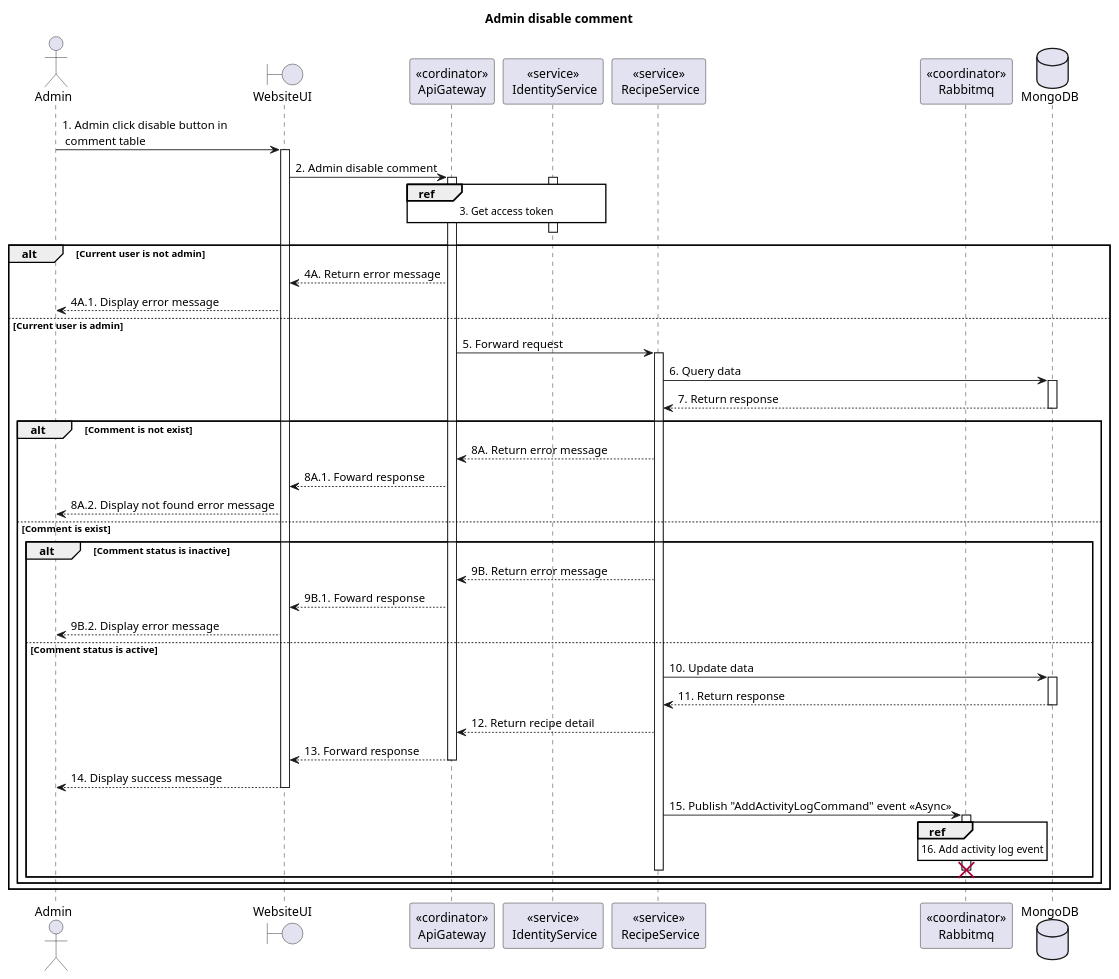
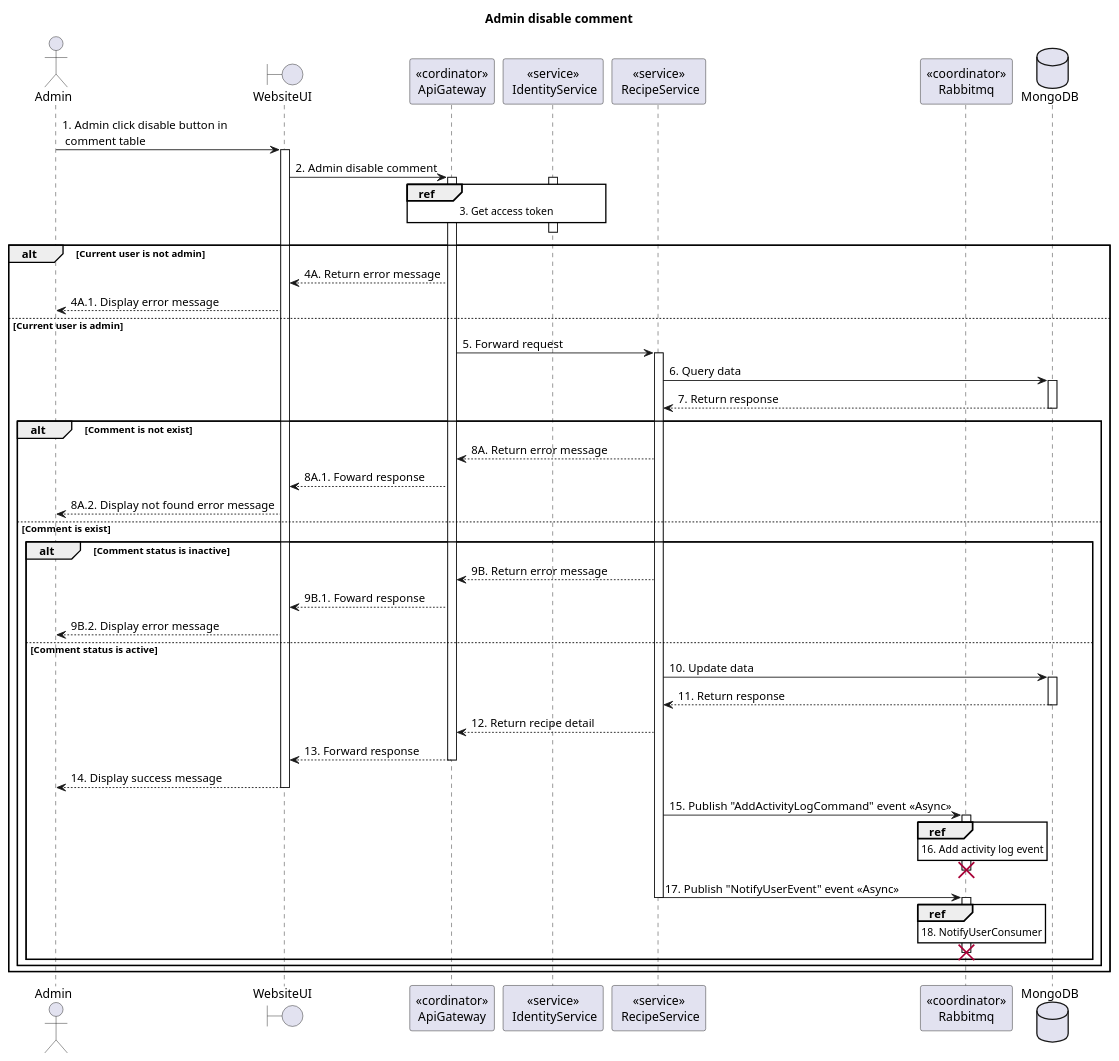
Before and after one commit to Carl-Johnsons/tastopia: the diagram in doc/SDS/Recipe/Admin/Admin disable comment/Sequence.plantuml, drawn with PlantUML. The commit also changed 8 other files, not shown here.

Commit message:
doc: add notify user event to some class and sequence diagram

```diff
--- a/doc/SDS/Recipe/Admin/Admin disable comment/Sequence.plantuml
+++ b/doc/SDS/Recipe/Admin/Admin disable comment/Sequence.plantuml
@@ -1,61 +1,68 @@
 @startuml Sequence
 title "Admin disable comment"
 ' Style section
 <style>
   sequenceDiagram {
     reference {
       BackGroundColor white
     }
 }
 </style>
 
 actor Admin
 boundary WebsiteUI
 participant "<<cordinator>>\nApiGateway" as ApiGateway
 participant "<<service>>\n IdentityService" as IdentityService
 participant "<<service>>\n RecipeService" as RecipeService
 participant "<<coordinator>>\nRabbitmq" as Rabbitmq
 database MongoDB
 
 Admin -> WebsiteUI++: 1. Admin click disable button in \n comment table
 WebsiteUI -> ApiGateway++: 2. Admin disable comment
 
 activate IdentityService
 ref over ApiGateway, IdentityService: 3. Get access token
 ApiGateway -[hidden]-> IdentityService
 deactivate IdentityService
 
 alt Current user is not admin
     WebsiteUI <-- ApiGateway: 4A. Return error message
     Admin <-- WebsiteUI: 4A.1. Display error message
 else Current user is admin
 ApiGateway -> RecipeService++: 5. Forward request
 RecipeService -> MongoDB++: 6. Query data
 RecipeService <-- MongoDB--: 7. Return response
   alt Comment is not exist
       ApiGateway <-- RecipeService: 8A. Return error message
       WebsiteUI <-- ApiGateway: 8A.1. Foward response
       Admin <-- WebsiteUI: 8A.2. Display not found error message
   else Comment is exist
       alt Comment status is inactive
           ApiGateway <-- RecipeService: 9B. Return error message
           WebsiteUI <-- ApiGateway: 9B.1. Foward response
           Admin <-- WebsiteUI: 9B.2. Display error message
       else Comment status is active
           RecipeService -> MongoDB++: 10. Update data
           RecipeService <-- MongoDB--: 11. Return response
           ApiGateway <-- RecipeService: 12. Return recipe detail
           WebsiteUI <-- ApiGateway--: 13. Forward response
           Admin <-- WebsiteUI--: 14. Display success message
           RecipeService -> Rabbitmq: 15. Publish "AddActivityLogCommand" event <<Async>>
           activate Rabbitmq
           ref over Rabbitmq: 16. Add activity log event
           RecipeService -[hidden]-> Rabbitmq
           deactivate Rabbitmq
           destroy Rabbitmq
+
+          RecipeService -> Rabbitmq: 17. Publish "NotifyUserEvent" event <<Async>>
           deactivate RecipeService
+          activate Rabbitmq
+          ref over Rabbitmq: 18. NotifyUserConsumer
+          RecipeService -[hidden]-> Rabbitmq
+          deactivate Rabbitmq
+          destroy Rabbitmq
       end alt
   end alt
 end alt
 
 @enduml
```
